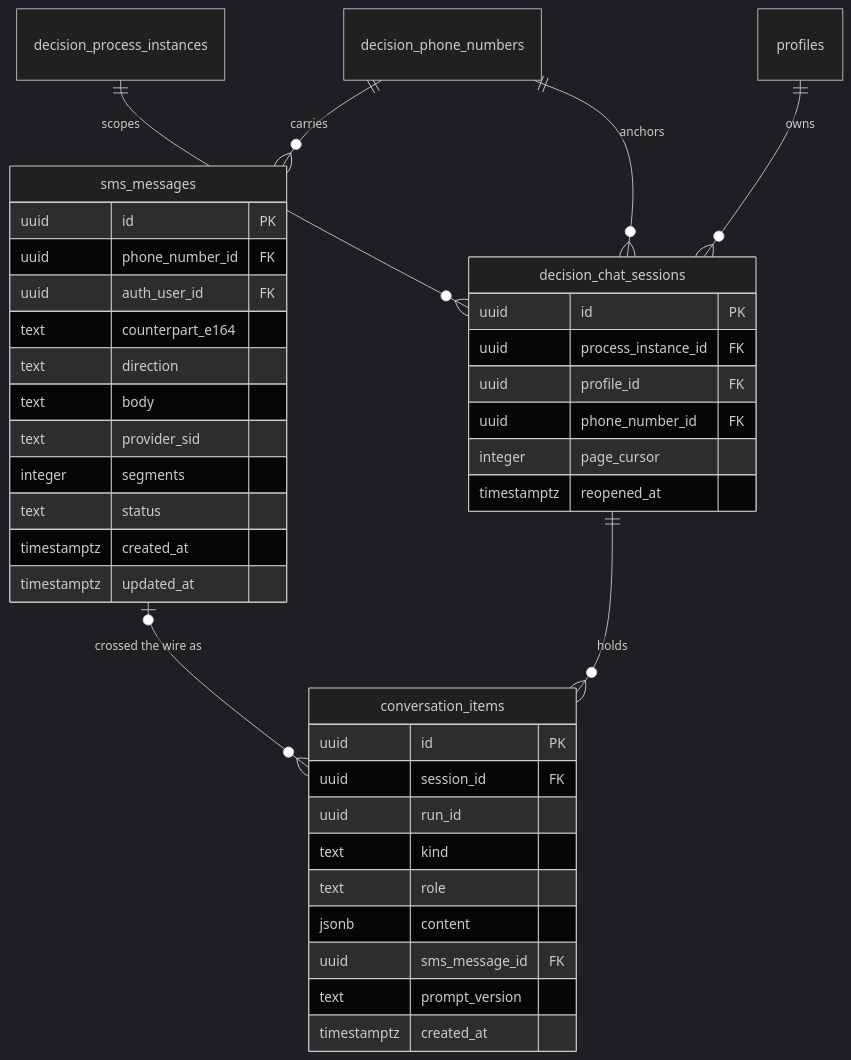
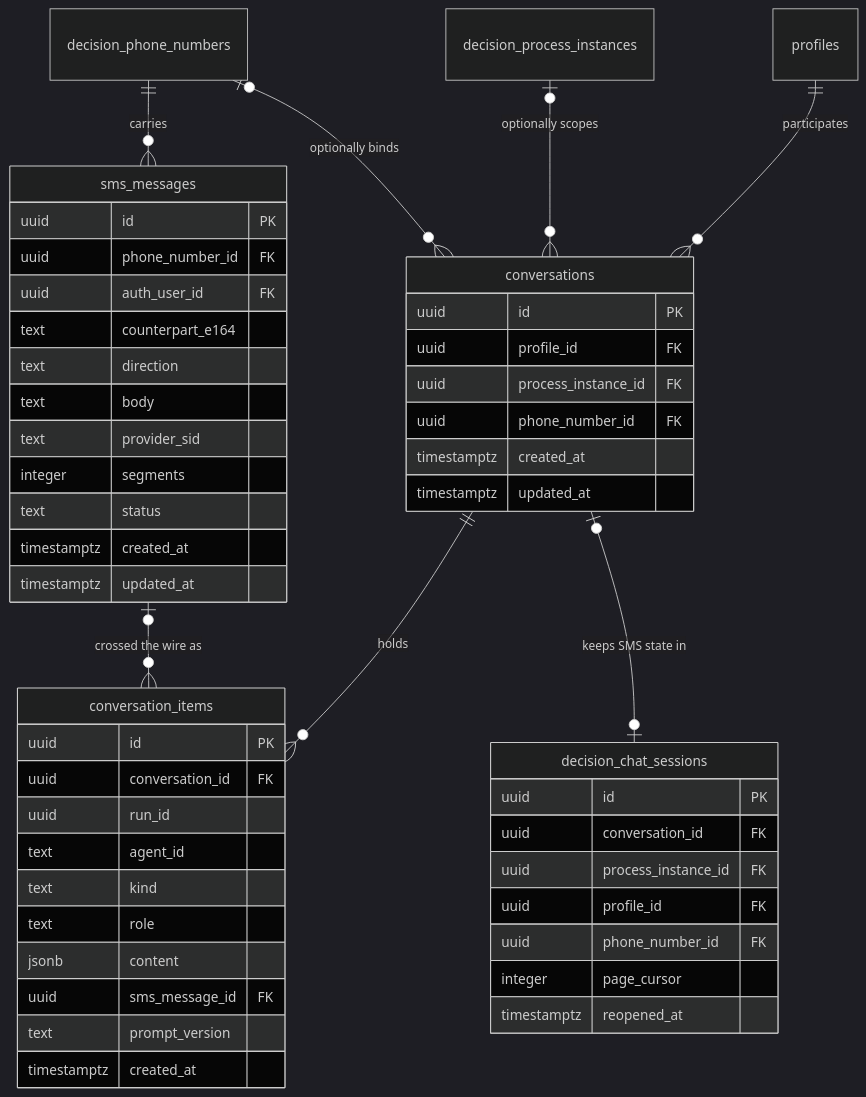
One commit to oneprojectorg/common changed the diagram in docs/adr/0023-add-conversation-storage-tables.md. Above: the diagram before and after it, drawn with Mermaid (dark theme). The commit also changed other lines of this file, not shown here.

Commit message:
docs(adr): generalize 0023 to a channel-agnostic conversation anchor

````diff
--- a/docs/adr/0023-add-conversation-storage-tables.md
+++ b/docs/adr/0023-add-conversation-storage-tables.md
@@ -58,44 +120,56 @@
 ```mermaid
 erDiagram
+  profiles ||--o{ conversations : participates
+  decision_process_instances |o--o{ conversations : "optionally scopes"
+  decision_phone_numbers |o--o{ conversations : "optionally binds"
+  conversations ||--o{ conversation_items : holds
+  conversations |o--o| decision_chat_sessions : "keeps SMS state in"
   decision_phone_numbers ||--o{ sms_messages : carries
-  decision_phone_numbers ||--o{ decision_chat_sessions : anchors
-  decision_process_instances ||--o{ decision_chat_sessions : scopes
-  profiles ||--o{ decision_chat_sessions : owns
-  decision_chat_sessions ||--o{ conversation_items : holds
   sms_messages |o--o{ conversation_items : "crossed the wire as"
+
+  conversations {
+    uuid id PK
+    uuid profile_id FK
+    uuid process_instance_id FK
+    uuid phone_number_id FK
+    timestamptz created_at
+    timestamptz updated_at
+  }
+
+  conversation_items {
+    uuid id PK
+    uuid conversation_id FK
+    uuid run_id
+    text agent_id
+    text kind
+    text role
+    jsonb content
+    uuid sms_message_id FK
+    text prompt_version
+    timestamptz created_at
+  }
 
   sms_messages {
     uuid id PK
     uuid phone_number_id FK
     uuid auth_user_id FK
     text counterpart_e164
     text direction
     text body
     text provider_sid
     integer segments
     text status
     timestamptz created_at
     timestamptz updated_at
   }
 
-  conversation_items {
-    uuid id PK
-    uuid session_id FK
-    uuid run_id
-    text kind
-    text role
-    jsonb content
-    uuid sms_message_id FK
-    text prompt_version
-    timestamptz created_at
-  }
-
   decision_chat_sessions {
     uuid id PK
+    uuid conversation_id FK
     uuid process_instance_id FK
     uuid profile_id FK
     uuid phone_number_id FK
     integer page_cursor
     timestamptz reopened_at
   }
 ```
````
